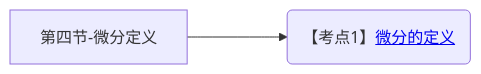
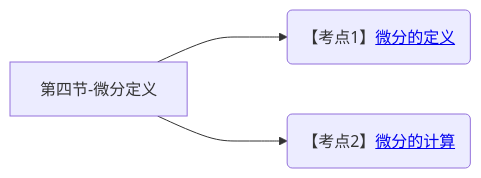
One commit to yuebinghui/note changed diagram 14 of 14 in 笔记/数学/周洋鑫/01.基础班思维导图.md. Above: the diagram before and after it, drawn with Mermaid. The commit also changed 7 other files, not shown here.

````diff
--- a/笔记/数学/周洋鑫/01.基础班思维导图.md
+++ b/笔记/数学/周洋鑫/01.基础班思维导图.md
@@ -517,6 +517,7 @@
 ```mermaid
 graph LR
 第四节-微分定义
 
 第四节-微分定义--->微分的定义(【考点1】<a href="/Users/yuebinghui/Documents/program/github/note/笔记/数学/周洋鑫/基础班/14.导数的几何意义与微分定义.md#微分的定义">微分的定义</>)
+第四节-微分定义--->微分的计算(【考点2】<a href="/Users/yuebinghui/Documents/program/github/note/笔记/数学/周洋鑫/基础班/14.导数的几何意义与微分定义.md#微分的计算">微分的计算</>)
 ```
````
